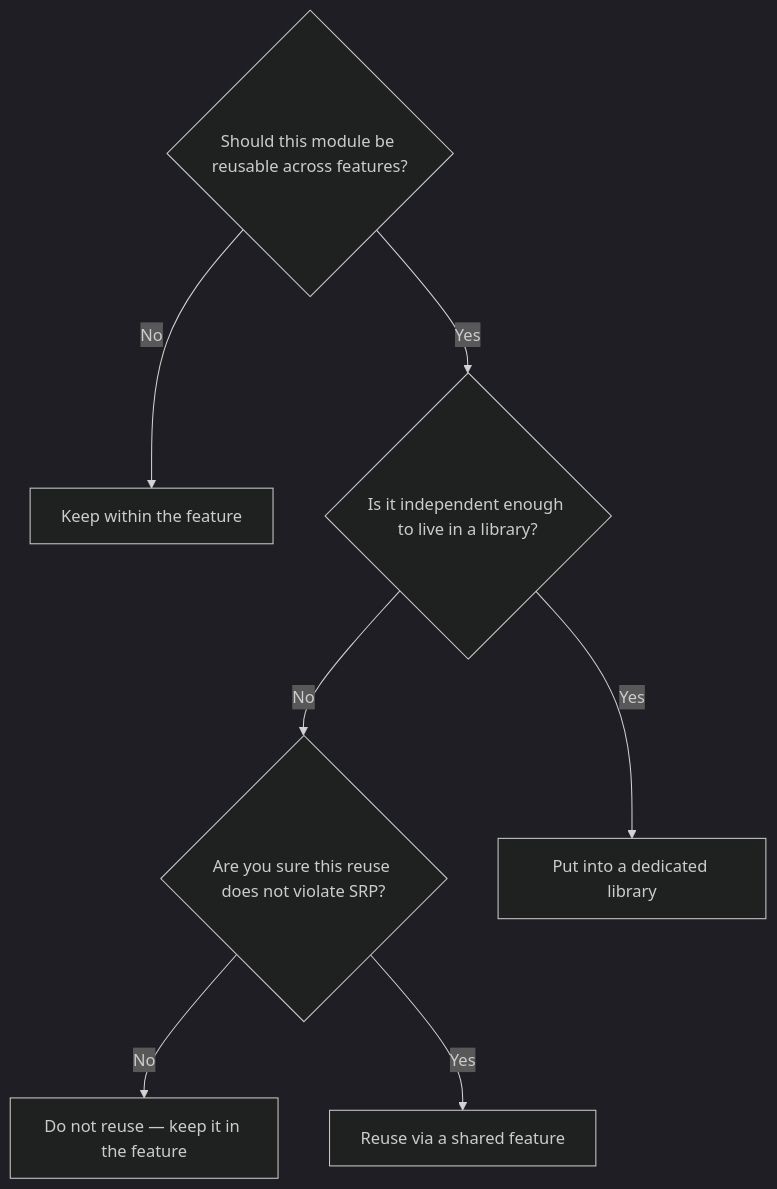
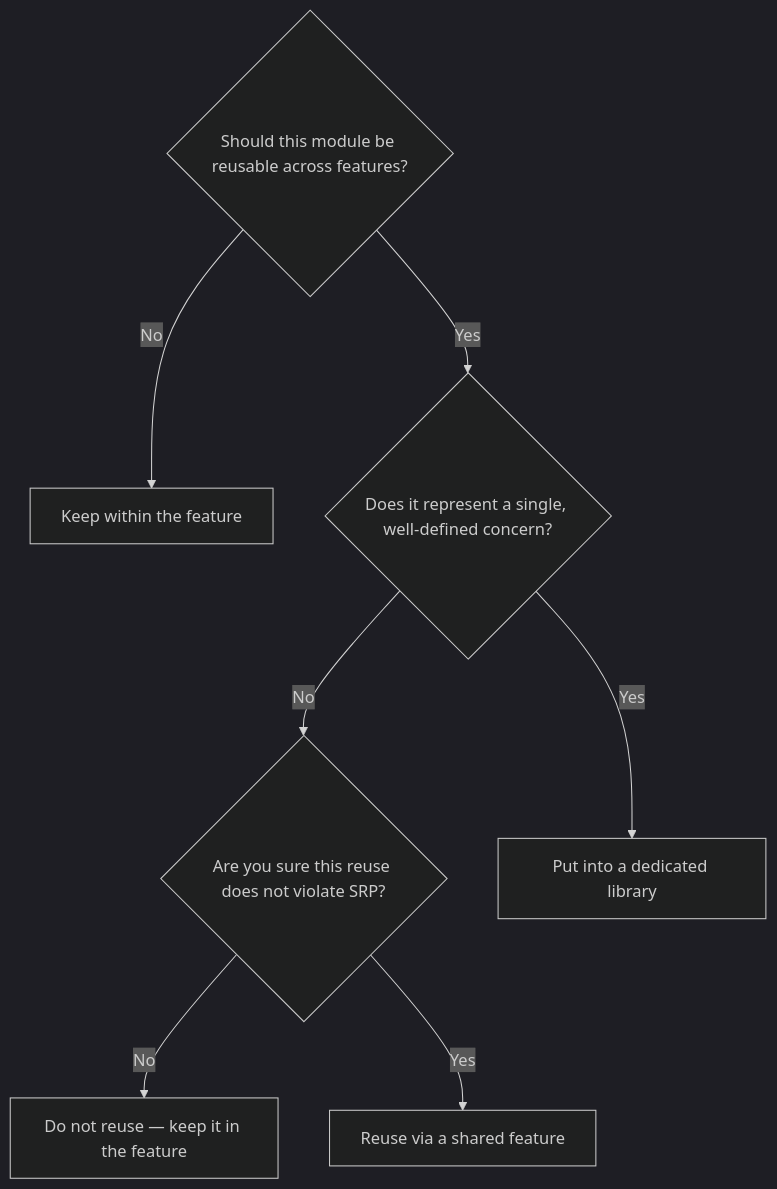
One commit to Vladyslav-Murashchenko/feature-garden changed the fourth of 4 diagrams in docs/engineering-guide.md. Above: the diagram before and after it, drawn with Mermaid (dark theme).

Commit message:
Clarify decision tree for module reusability

````diff
--- a/docs/engineering-guide.md
+++ b/docs/engineering-guide.md
@@ -364,13 +364,13 @@
 ```mermaid
 graph TD
     A{Should this module be reusable across features?}
 
     A -->|No| B[Keep within the feature]
-    A -->|Yes| C{Is it independent enough to live in a library?}
+    A -->|Yes| C{Does it represent a single, well-defined concern?}
 
     C -->|No| E{Are you sure this reuse does not violate SRP?}
     C -->|Yes| D[Put into a dedicated library]
 
     E -->|No| F[Do not reuse — keep it in the feature]
     E -->|Yes| G[Reuse via a shared feature]
 ```
````
